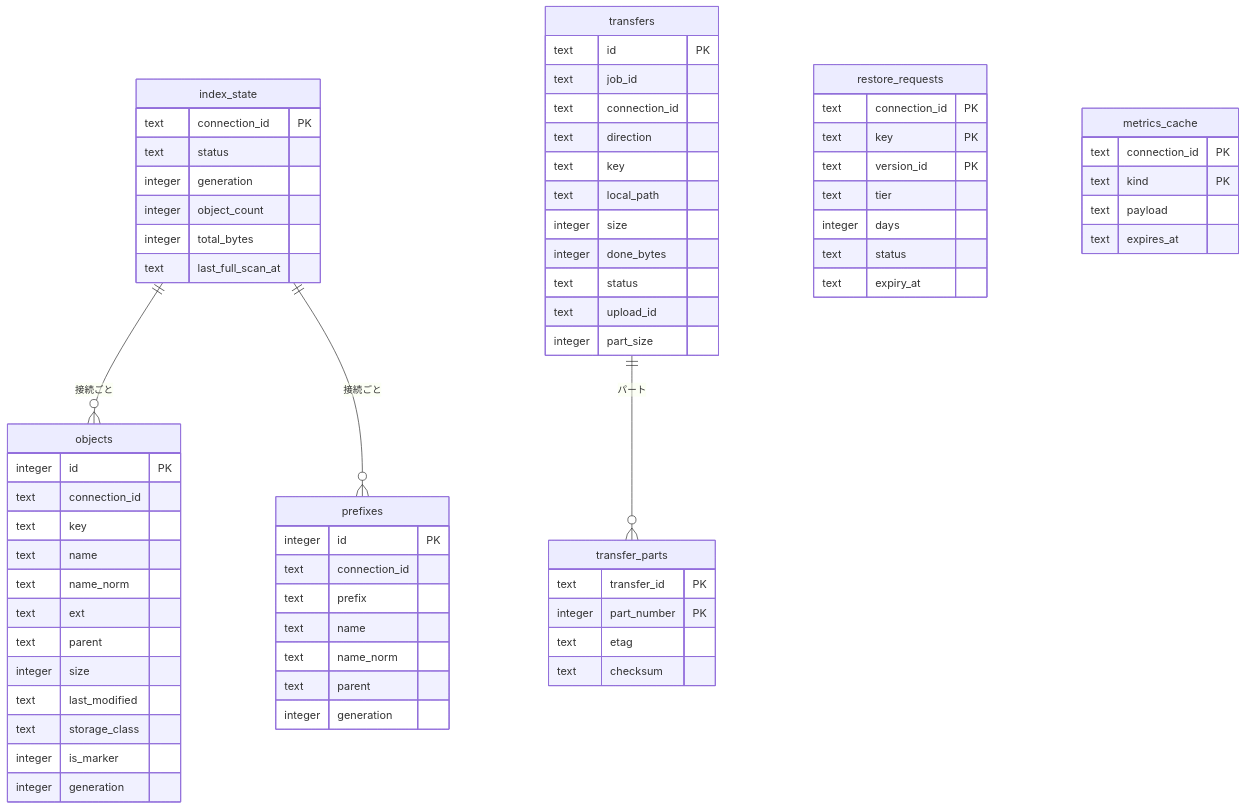
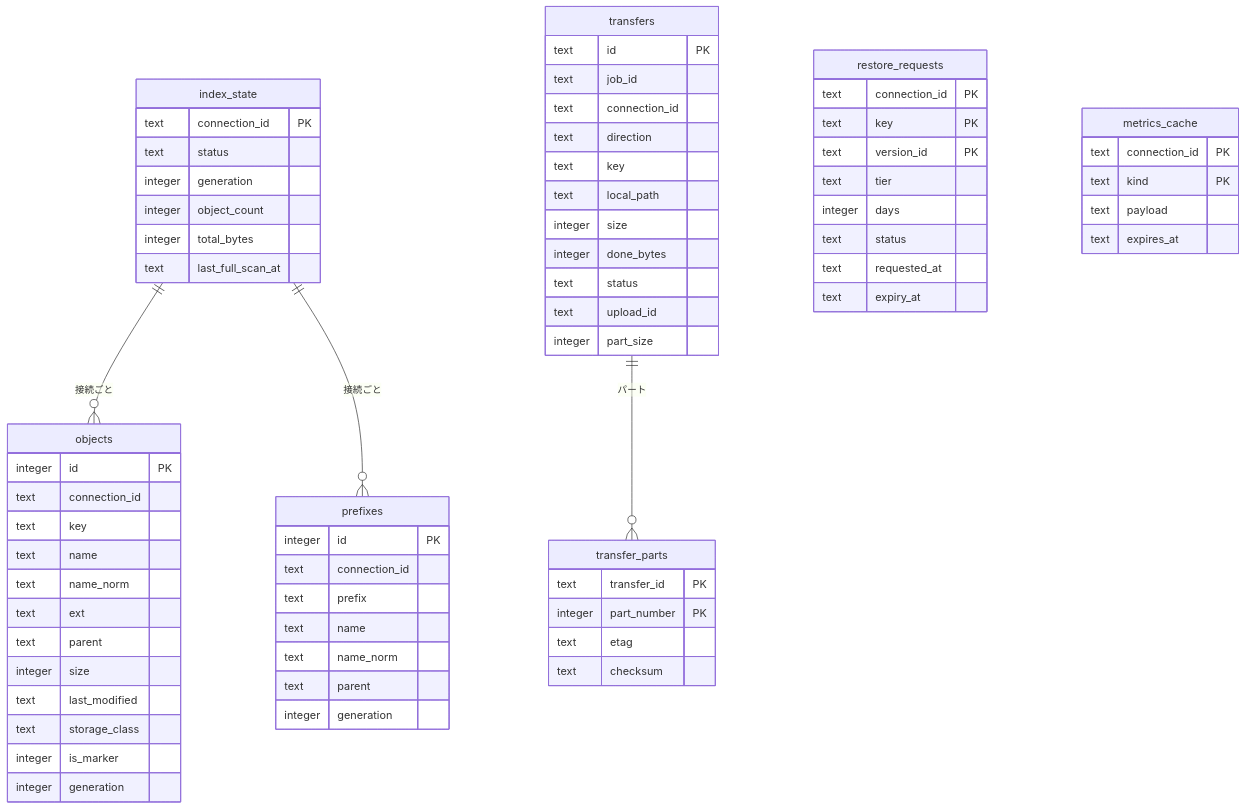
One commit to Sh1gekicks/s3driveapp changed the diagram in docs/design/06-data.md. Above: the diagram before and after it, drawn with Mermaid. The commit also changed other lines of this file and 79 other files, not shown here.

````diff
--- a/docs/design/06-data.md
+++ b/docs/design/06-data.md
@@ -116,71 +116,72 @@
 ```mermaid
 erDiagram
   index_state ||--o{ objects : "接続ごと"
   index_state ||--o{ prefixes : "接続ごと"
   transfers ||--o{ transfer_parts : "パート"
   index_state {
     text connection_id PK
     text status
     integer generation
     integer object_count
     integer total_bytes
     text last_full_scan_at
   }
   objects {
     integer id PK
     text connection_id
     text key
     text name
     text name_norm
     text ext
     text parent
     integer size
     text last_modified
     text storage_class
     integer is_marker
     integer generation
   }
   prefixes {
     integer id PK
     text connection_id
     text prefix
     text name
     text name_norm
     text parent
     integer generation
   }
   transfers {
     text id PK
     text job_id
     text connection_id
     text direction
     text key
     text local_path
     integer size
     integer done_bytes
     text status
     text upload_id
     integer part_size
   }
   transfer_parts {
     text transfer_id PK
     integer part_number PK
     text etag
     text checksum
   }
   restore_requests {
     text connection_id PK
     text key PK
     text version_id PK
     text tier
     integer days
     text status
+    text requested_at
     text expiry_at
   }
   metrics_cache {
     text connection_id PK
     text kind PK
     text payload
     text expires_at
   }
 ```
````
